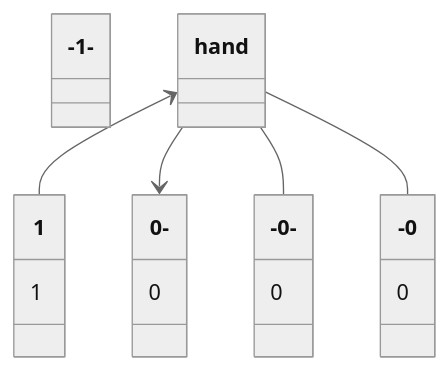
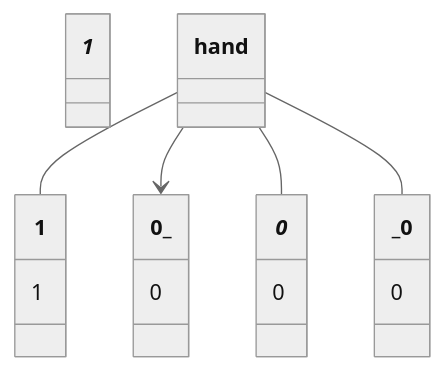
Diagram 22 of 37 in README.md (sadmanca/ece344), drawn with Mermaid (neutral theme) before and after one commit. The commit also changed other lines of this file, not shown here.

````diff
--- a/README.md
+++ b/README.md
@@ -7648,24 +7650,24 @@
 ```mermaid
 classDiagram
-    class -1-
+    class _1_
 
-    hand <-- 1
-    hand --> 0-
-    hand -- -0-
-    hand -- -0
+    hand -- 1
+    hand --> 0_
+    hand -- _0_
+    hand -- _0
 
     class hand {
     }
     class 1 {
       1
     }
-    class 0- {
+    class 0_ {
       0
    }
-   class -0- {
+   class _0_ {
       0
    }
-   class -0 {
+   class _0 {
       0
    }
 ```
````
